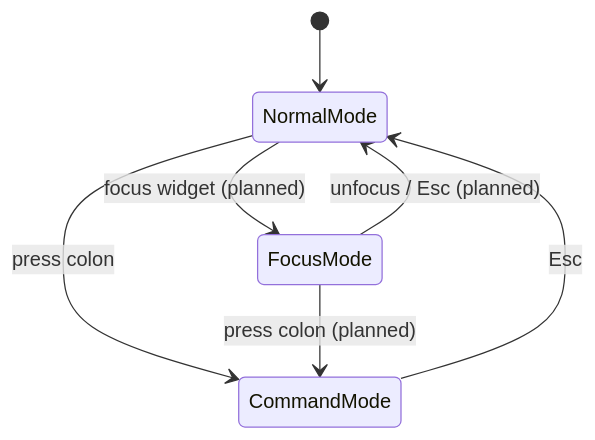
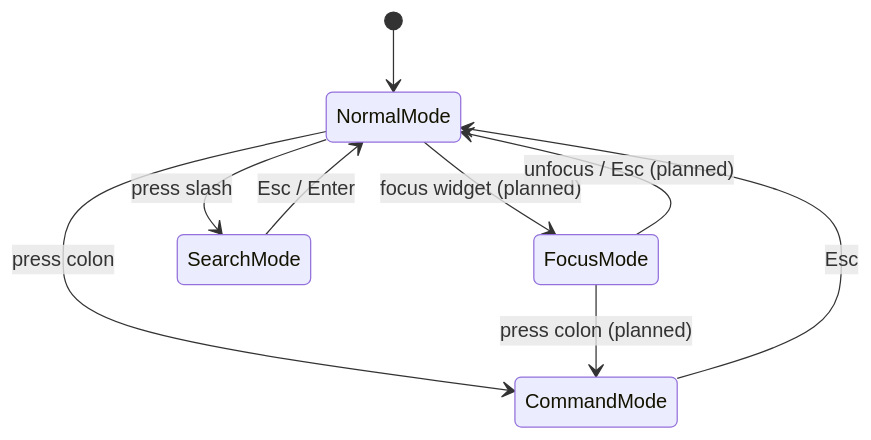
One commit to yairgd/gdbforge changed the diagram in docs/diagrams/input_modes.mermaid. Above: the diagram before and after it, drawn with Mermaid. The commit also changed 8 other files, not shown here.

Commit message:
Document /search and :only across user and architecture docs.

```diff
--- a/docs/diagrams/input_modes.mermaid
+++ b/docs/diagrams/input_modes.mermaid
@@ -1,7 +1,9 @@
 stateDiagram-v2
     [*] --> NormalMode
     NormalMode --> FocusMode : focus widget (planned)
     FocusMode --> NormalMode : unfocus / Esc (planned)
     NormalMode --> CommandMode : press colon
     CommandMode --> NormalMode : Esc
+    NormalMode --> SearchMode : press slash
+    SearchMode --> NormalMode : Esc / Enter
     FocusMode --> CommandMode : press colon (planned)
```
